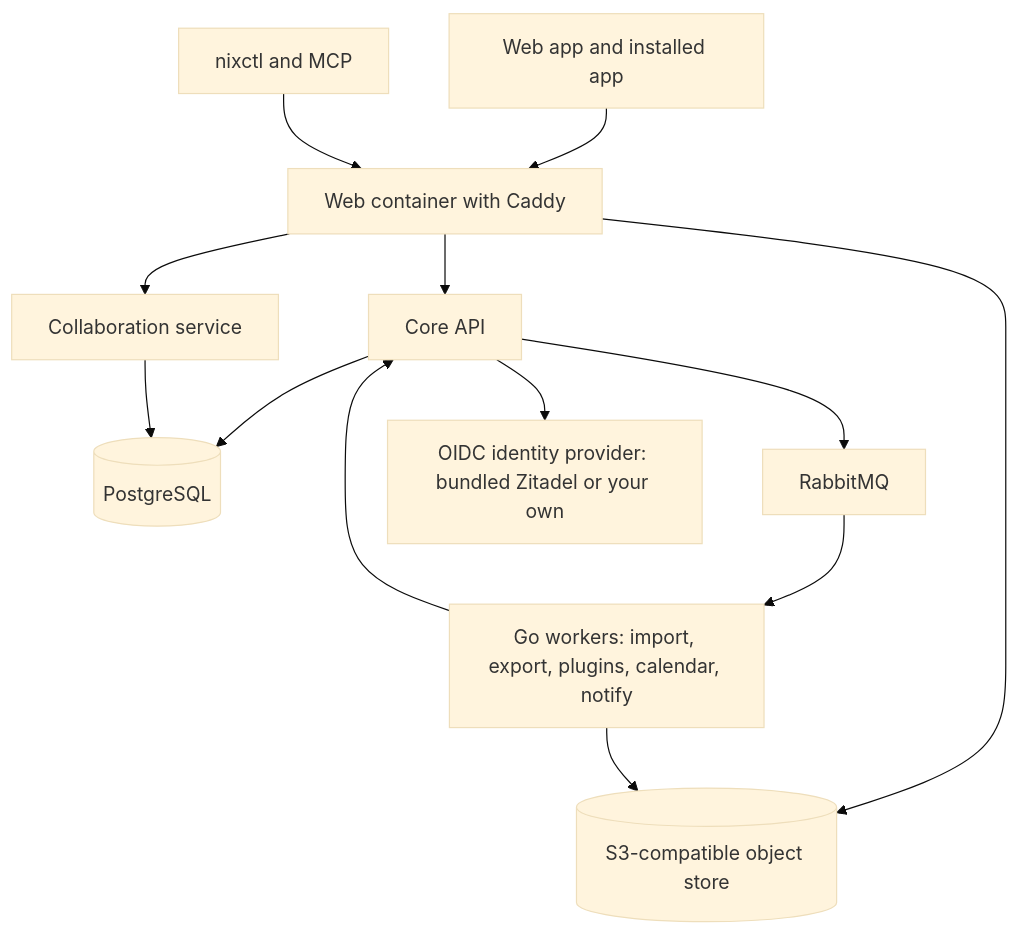
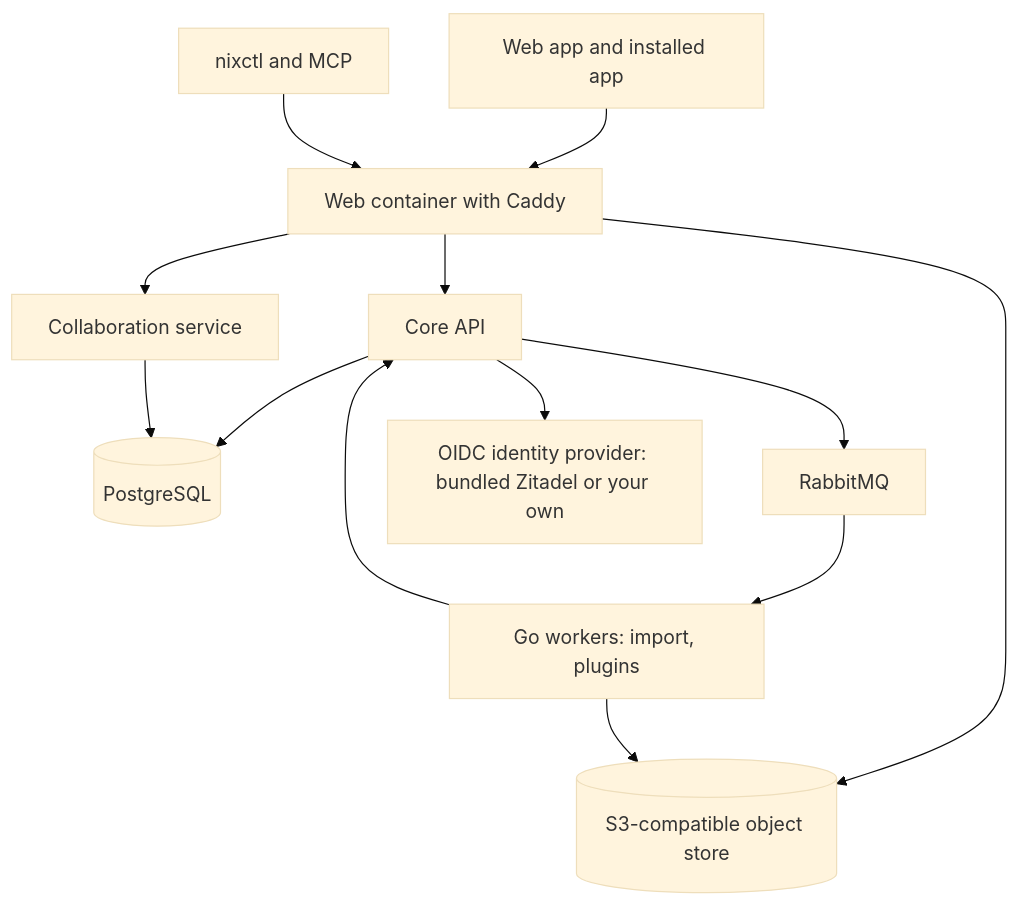
Before and after one commit to sianachi/nixsites: the diagram in docs/site/nix-docs/markdown/deployment/index.md, drawn with Mermaid (base theme). The commit also changed 92 other files, not shown here.

````diff
--- a/docs/site/nix-docs/markdown/deployment/index.md
+++ b/docs/site/nix-docs/markdown/deployment/index.md
@@ -14,16 +14,16 @@
 ```mermaid
 %% diagram
 flowchart TB
   Browser[Web app and installed app] --> Edge[Web container with Caddy]
   CLI[nixctl and MCP] --> Edge
   Edge --> Core[Core API]
   Edge --> Collab[Collaboration service]
   Edge --> Store[(S3-compatible object store)]
   Core --> PG[(PostgreSQL)]
   Collab --> PG
   Core --> MQ[RabbitMQ]
-  MQ --> Workers[Go workers: import, export, plugins, calendar, notify]
+  MQ --> Workers[Go workers: import, plugins]
   Workers --> Core
   Workers --> Store
   Core --> IdP[OIDC identity provider: bundled Zitadel or your own]
 ```
````
